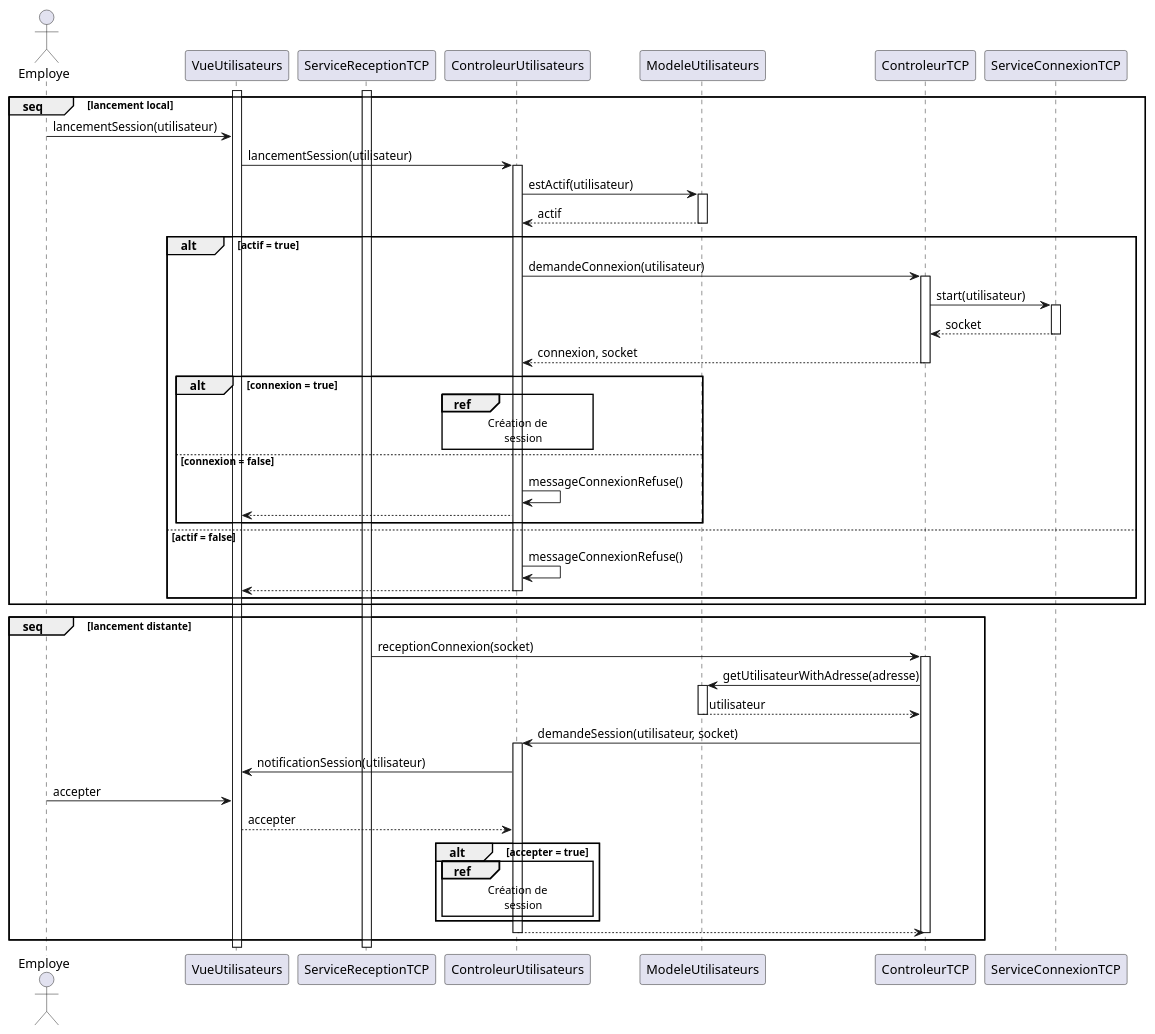
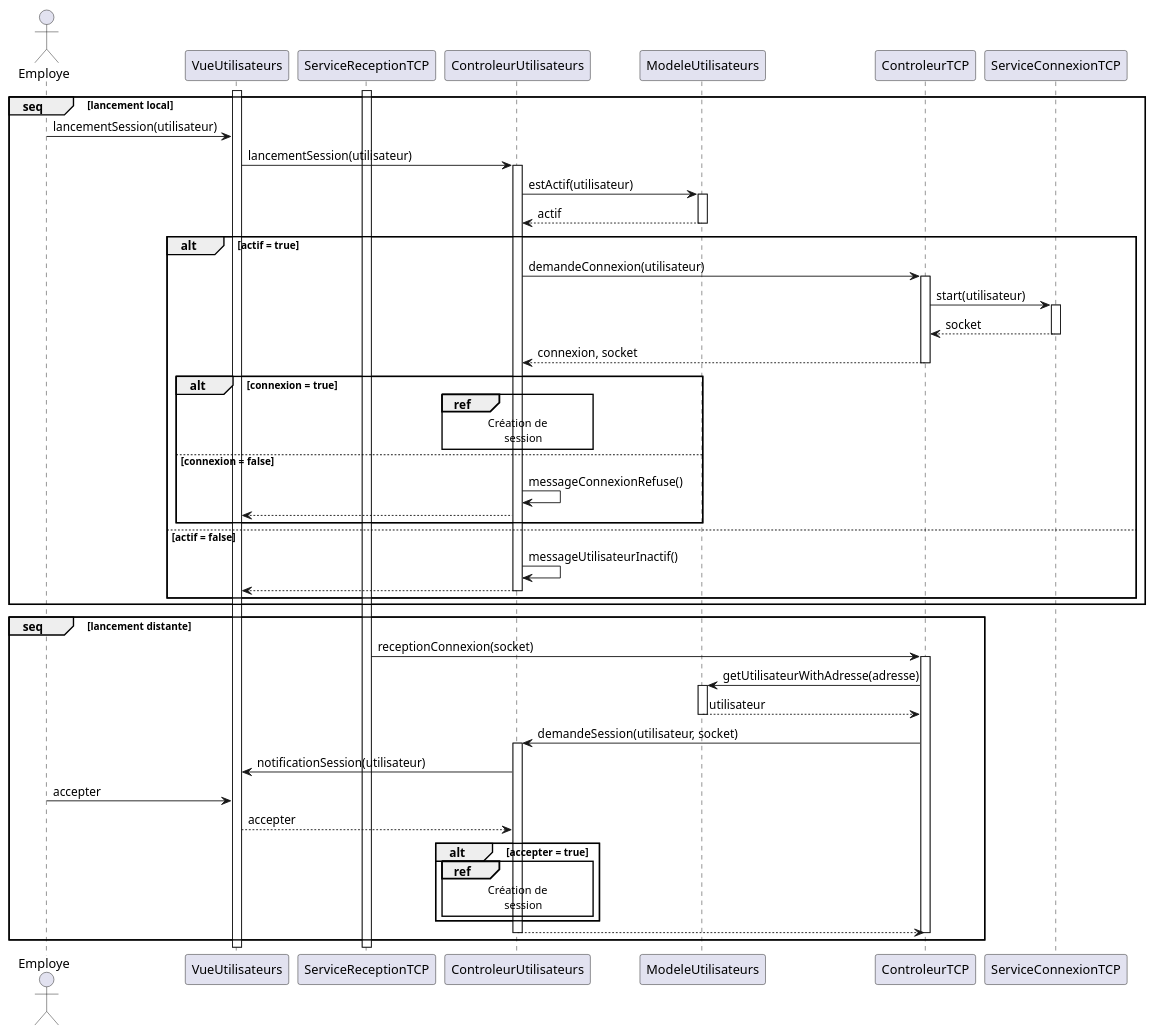
One commit to arc-hugo/clavardage_uml changed the diagram in sequence/lancement_session.wsd. Above: the diagram before and after it, drawn with PlantUML. The commit also changed 1 other file, not shown here.

```diff
--- a/sequence/lancement_session.wsd
+++ b/sequence/lancement_session.wsd
@@ -1,59 +1,59 @@
 @startuml lancement_session
 actor Employe
 activate VueUtilisateurs
 activate ServiceReceptionTCP
 group seq [lancement local]
     Employe -> VueUtilisateurs : lancementSession(utilisateur)
     VueUtilisateurs -> ControleurUtilisateurs : lancementSession(utilisateur)
     activate ControleurUtilisateurs
     ControleurUtilisateurs -> ModeleUtilisateurs : estActif(utilisateur)
     activate ModeleUtilisateurs
     ModeleUtilisateurs --> ControleurUtilisateurs : actif
     deactivate ModeleUtilisateurs
     alt actif = true
         ControleurUtilisateurs -> ControleurTCP : demandeConnexion(utilisateur)
         activate ControleurTCP
         ControleurTCP -> ServiceConnexionTCP : start(utilisateur)
         activate ServiceConnexionTCP
         ServiceConnexionTCP --> ControleurTCP : socket
         deactivate ServiceConnexionTCP
         ControleurTCP --> ControleurUtilisateurs : connexion, socket
         deactivate ControleurTCP
         alt connexion = true
             ref over ControleurUtilisateurs
                 Création de
                     session
             end ref
         else connexion = false
             ControleurUtilisateurs -> ControleurUtilisateurs : messageConnexionRefuse()
             ControleurUtilisateurs --> VueUtilisateurs
         end
     else actif = false
-        ControleurUtilisateurs -> ControleurUtilisateurs : messageConnexionRefuse()
+        ControleurUtilisateurs -> ControleurUtilisateurs : messageUtilisateurInactif()
         ControleurUtilisateurs --> VueUtilisateurs
         deactivate ControleurUtilisateurs
     end
 end
 group seq [lancement distante]
     ServiceReceptionTCP -> ControleurTCP : receptionConnexion(socket)
     activate ControleurTCP
     ControleurTCP -> ModeleUtilisateurs : getUtilisateurWithAdresse(adresse)
     activate ModeleUtilisateurs
     ModeleUtilisateurs --> ControleurTCP : utilisateur
     deactivate ModeleUtilisateurs
     ControleurTCP -> ControleurUtilisateurs : demandeSession(utilisateur, socket)
     activate ControleurUtilisateurs
     ControleurUtilisateurs -> VueUtilisateurs : notificationSession(utilisateur)
     Employe -> VueUtilisateurs : accepter
     VueUtilisateurs --> ControleurUtilisateurs : accepter
     alt accepter = true
         ref over ControleurUtilisateurs
             Création de
                 session
         end ref
     end
     ControleurUtilisateurs --> ControleurTCP
     deactivate ControleurUtilisateurs
     deactivate ControleurTCP
 end
 @enduml
```
